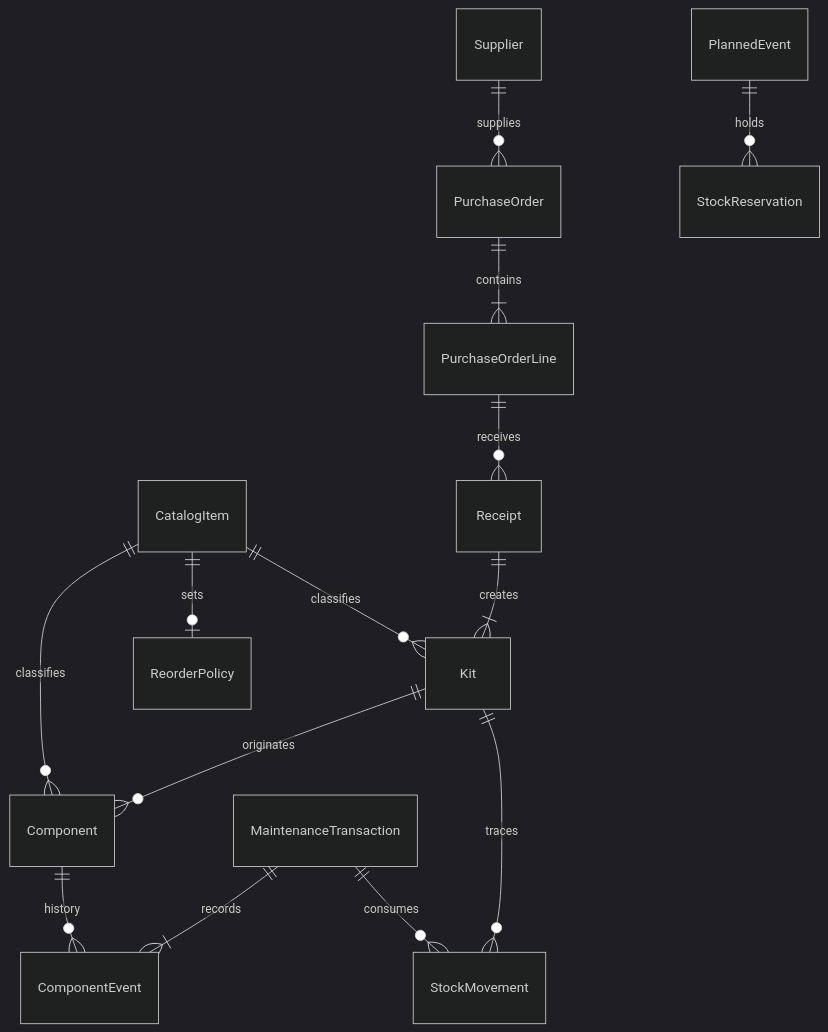
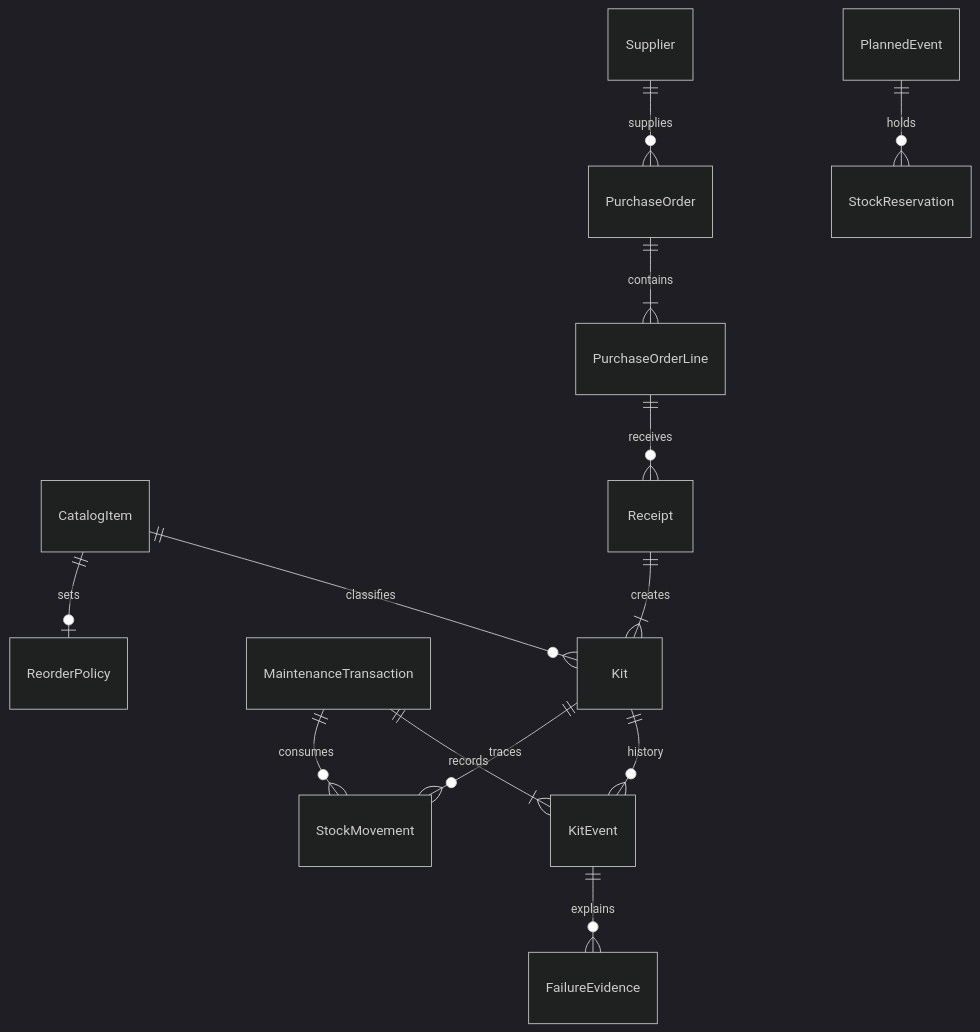
Before and after one commit to wilesy7404/Colt: the first of 4 diagrams in docs/specs/inventory.md, drawn with Mermaid (dark theme). The commit also changed other lines of this file, not shown here.

````diff
--- a/docs/specs/inventory.md
+++ b/docs/specs/inventory.md
@@ -99,16 +98,15 @@
 ```mermaid
 erDiagram
   CatalogItem ||--o{ Kit : classifies
-  CatalogItem ||--o{ Component : classifies
-  Kit ||--o{ Component : originates
-  Component ||--o{ ComponentEvent : history
-  MaintenanceTransaction ||--|{ ComponentEvent : records
+  Kit ||--o{ KitEvent : history
+  MaintenanceTransaction ||--|{ KitEvent : records
   MaintenanceTransaction ||--o{ StockMovement : consumes
   Kit ||--o{ StockMovement : traces
+  KitEvent ||--o{ FailureEvidence : explains
   Supplier ||--o{ PurchaseOrder : supplies
   PurchaseOrder ||--|{ PurchaseOrderLine : contains
   PurchaseOrderLine ||--o{ Receipt : receives
   Receipt ||--|{ Kit : creates
   PlannedEvent ||--o{ StockReservation : holds
   CatalogItem ||--o| ReorderPolicy : sets
 ```
````
